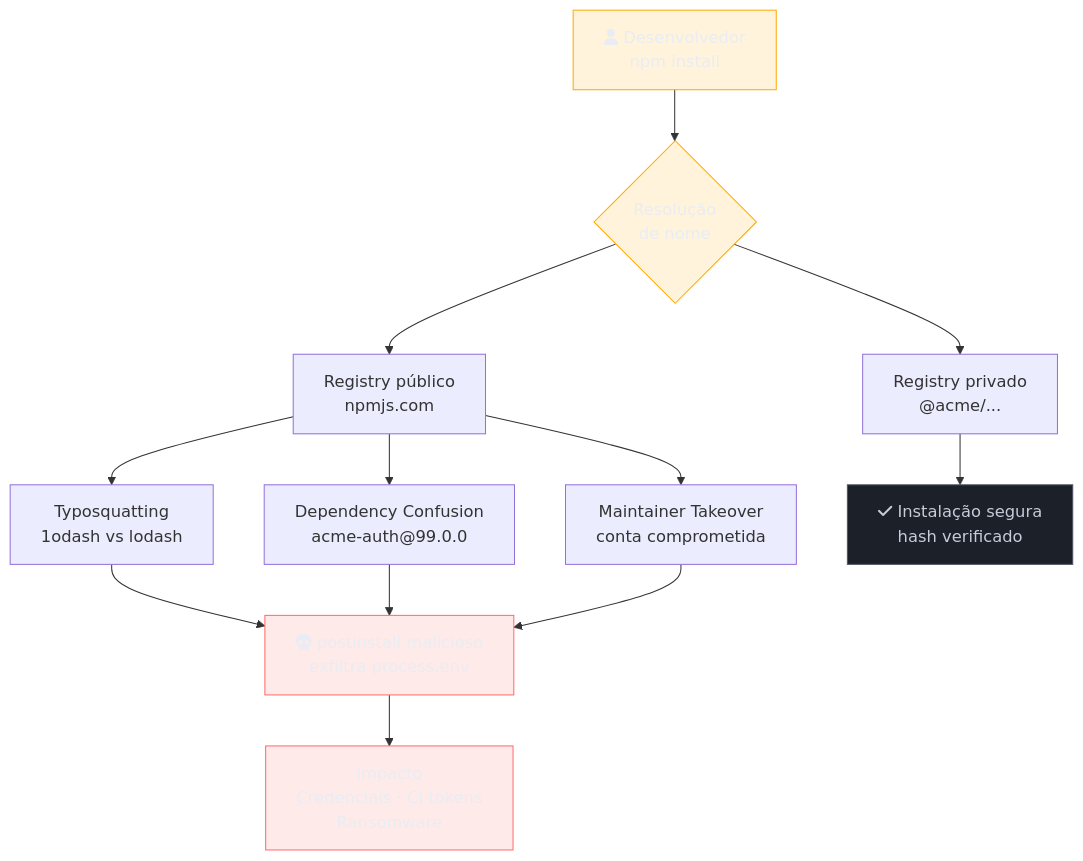
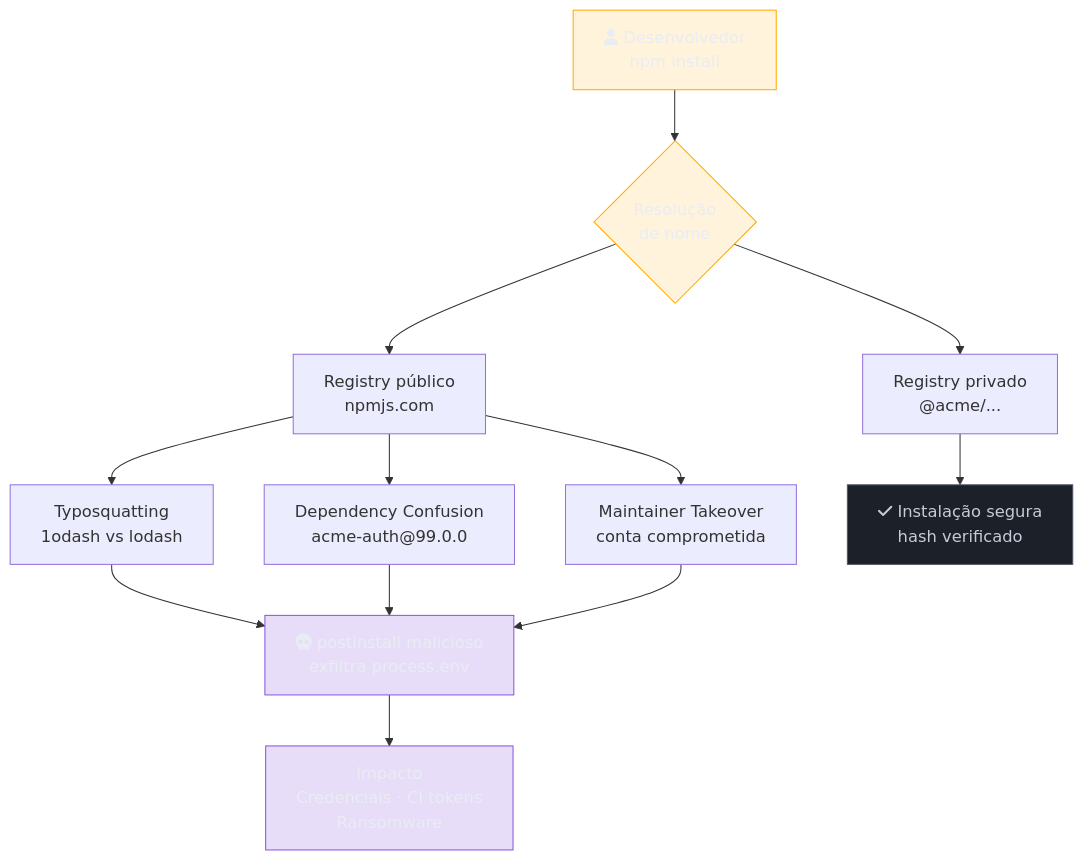
Before and after one commit to josenaldo/codex-technomanticus: the diagram in 03-Dominios/Tecnologia/Node/Segurança/01 - Supply chain attacks e npm audit.md, drawn with Mermaid. The commit also changed 601 other files, not shown here.

````diff
--- a/03-Dominios/Tecnologia/Node/Segurança/01 - Supply chain attacks e npm audit.md
+++ b/03-Dominios/Tecnologia/Node/Segurança/01 - Supply chain attacks e npm audit.md
@@ -26,28 +26,28 @@
 ```mermaid
 flowchart TD
-    classDef falha fill:#FF6B6B24,stroke:#FF6B6B,color:#E9ECF2
+    classDef marca fill:#8855DF33,stroke:#8855DF,color:#E9ECF2
     classDef neutro fill:#1B2029,stroke:#4E5666,color:#C6CCD8
     classDef destaque fill:#FFAA0024,stroke:#FFAA00,color:#E9ECF2
     DEV["fa:fa-user Desenvolvedor\nnpm install"] --> RESOLVE{"Resolução\nde nome"}
 
     RESOLVE --> PUB["Registry público\nnpmjs.com"]
     RESOLVE --> PRIV["Registry privado\n@acme/..."]
 
     PUB --> TYPO["Typosquatting\n1odash vs lodash"]
     PUB --> CONF["Dependency Confusion\nacme-auth@99.0.0"]
     PUB --> TAKE["Maintainer Takeover\nconta comprometida"]
 
     TYPO --> EVIL["fa:fa-skull postinstall malicioso\nexfiltra process.env"]
     CONF --> EVIL
     TAKE --> EVIL
 
     PRIV --> SAFE["fa:fa-check Instalação segura\nhash verificado"]
 
     EVIL --> IMPACT["Impacto\nCredenciais · CI tokens\nRansomware"]
 
-    class EVIL falha
+    class EVIL marca
     class SAFE neutro
-    class IMPACT falha
+    class IMPACT marca
     class DEV destaque
     class RESOLVE destaque
 ```
````
